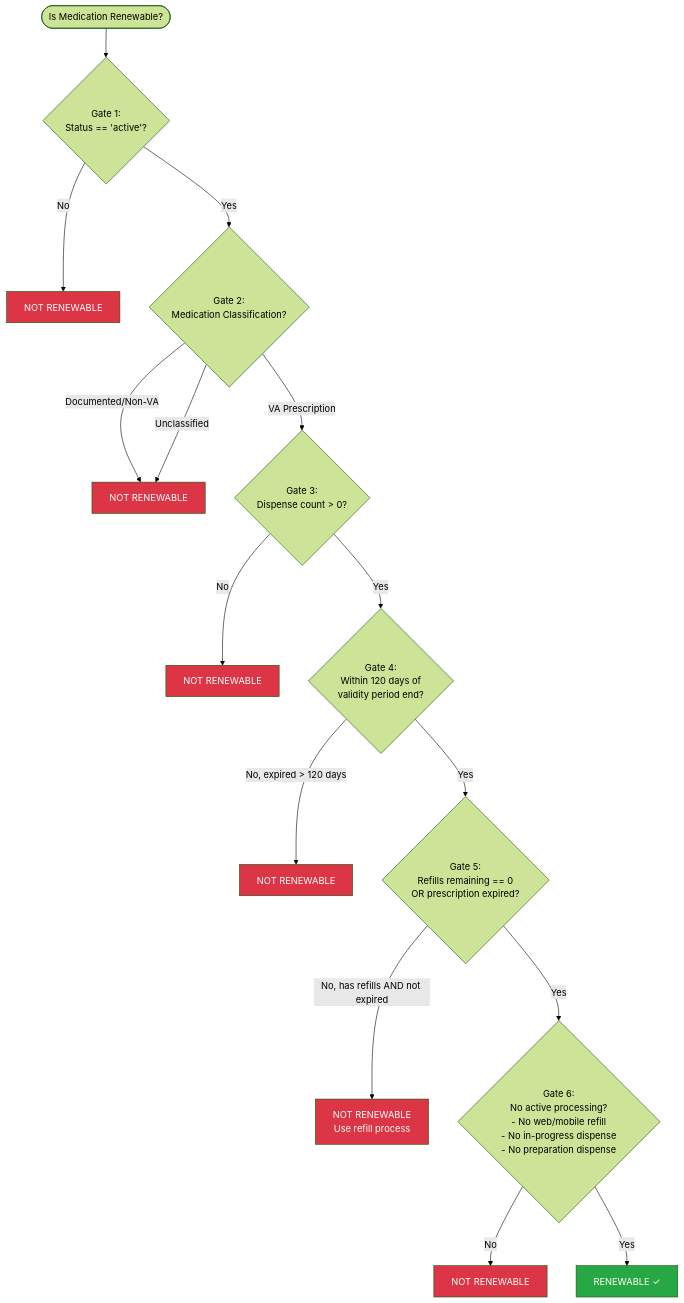
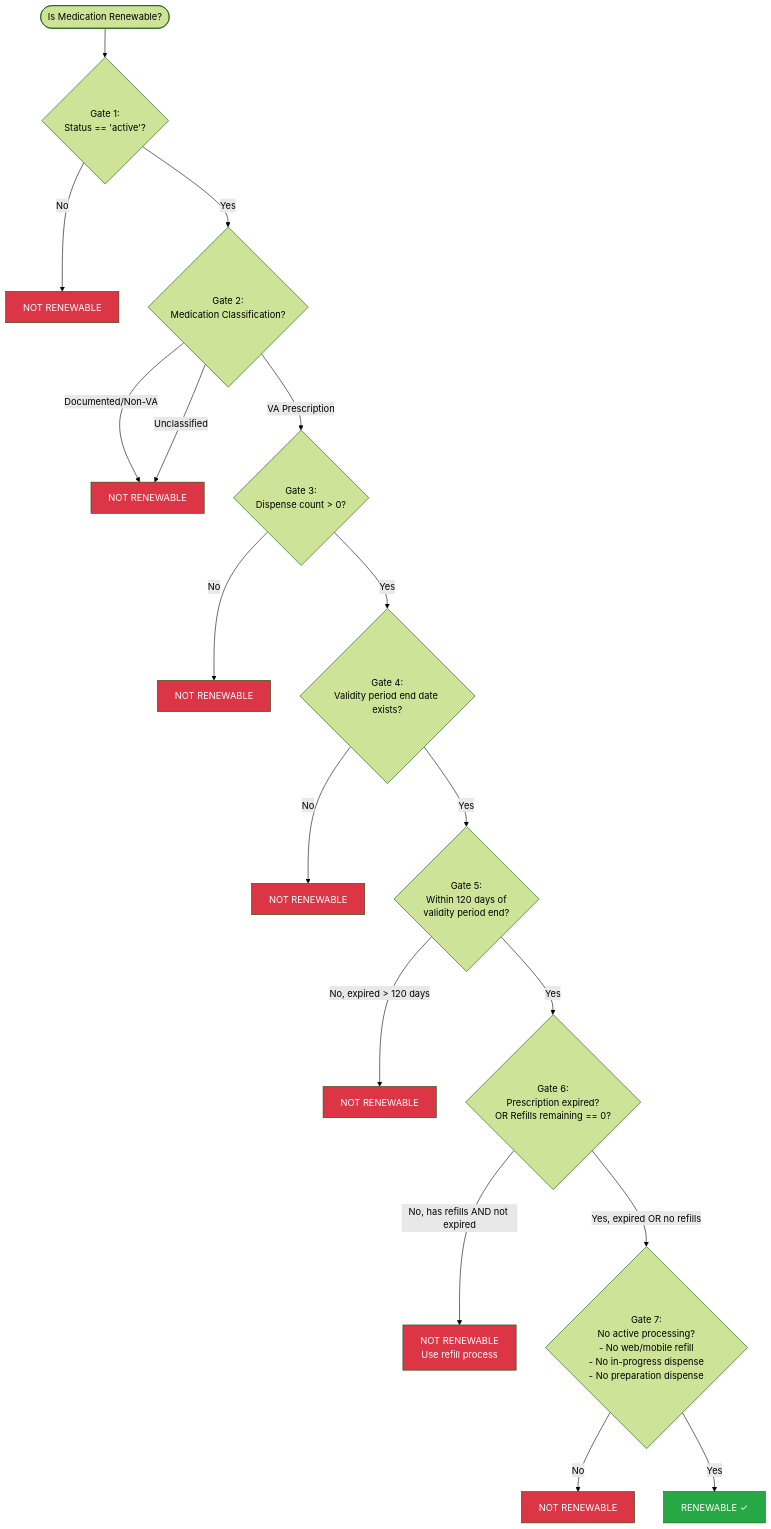
Before and after one commit to department-of-veterans-affairs/va.gov-team: the diagram in products/health-care/digital-health-modernization/mhv-to-va.gov/medications/requirements/oracle_health_renewability_spec.md, drawn with Mermaid (forest theme). The commit also changed other lines of this file, not shown here.

Commit message:
Add validity period checks to renewability gates in medication specification

````diff
--- a/products/health-care/digital-health-modernization/mhv-to-va.gov/medications/requirements/oracle_health_renewability_spec.md
+++ b/products/health-care/digital-health-modernization/mhv-to-va.gov/medications/requirements/oracle_health_renewability_spec.md
@@ -127,37 +140,42 @@
 ```mermaid
 flowchart TD
     Start([Is Medication Renewable?]) --> Gate1
 
     Gate1{Gate 1:<br/>Status == 'active'?}
     Gate1 -->|No| NotRenewable1[NOT RENEWABLE]
     Gate1 -->|Yes| Gate2
 
     Gate2{Gate 2:<br/>Medication Classification?}
     Gate2 -->|Documented/Non-VA| NotRenewable2[NOT RENEWABLE]
     Gate2 -->|Unclassified| NotRenewable2
     Gate2 -->|VA Prescription| Gate3
 
     Gate3{Gate 3:<br/>Dispense count > 0?}
     Gate3 -->|No| NotRenewable3[NOT RENEWABLE]
     Gate3 -->|Yes| Gate4
 
-    Gate4{Gate 4:<br/>Within 120 days of<br/>validity period end?}
-    Gate4 -->|No, expired > 120 days| NotRenewable4[NOT RENEWABLE]
+    Gate4{Gate 4:<br/>Validity period end date exists?}
+    Gate4 -->|No| NotRenewable4[NOT RENEWABLE]
     Gate4 -->|Yes| Gate5
 
-    Gate5{Gate 5:<br/>Refills remaining == 0<br/>OR prescription expired?}
-    Gate5 -->|No, has refills AND not expired| NotRenewable5[NOT RENEWABLE<br/>Use refill process]
+    Gate5{Gate 5:<br/>Within 120 days of<br/>validity period end?}
+    Gate5 -->|No, expired > 120 days| NotRenewable5[NOT RENEWABLE]
     Gate5 -->|Yes| Gate6
 
-    Gate6{Gate 6:<br/>No active processing?<br/>- No web/mobile refill<br/>- No in-progress dispense<br/>- No preparation dispense}
-    Gate6 -->|No| NotRenewable6[NOT RENEWABLE]
-    Gate6 -->|Yes| Renewable[RENEWABLE ✓]
+    Gate6{Gate 6:<br/>Prescription expired?<br/>OR Refills remaining == 0?}
+    Gate6 -->|No, has refills AND not expired| NotRenewable6[NOT RENEWABLE<br/>Use refill process]
+    Gate6 -->|Yes, expired OR no refills| Gate7
+
+    Gate7{Gate 7:<br/>No active processing?<br/>- No web/mobile refill<br/>- No in-progress dispense<br/>- No preparation dispense}
+    Gate7 -->|No| NotRenewable7[NOT RENEWABLE]
+    Gate7 -->|Yes| Renewable[RENEWABLE ✓]
 
     style Renewable fill:#28a745,color:#fff
     style NotRenewable1 fill:#dc3545,color:#fff
     style NotRenewable2 fill:#dc3545,color:#fff
     style NotRenewable3 fill:#dc3545,color:#fff
     style NotRenewable4 fill:#dc3545,color:#fff
     style NotRenewable5 fill:#dc3545,color:#fff
     style NotRenewable6 fill:#dc3545,color:#fff
+    style NotRenewable7 fill:#dc3545,color:#fff
 ```
````
